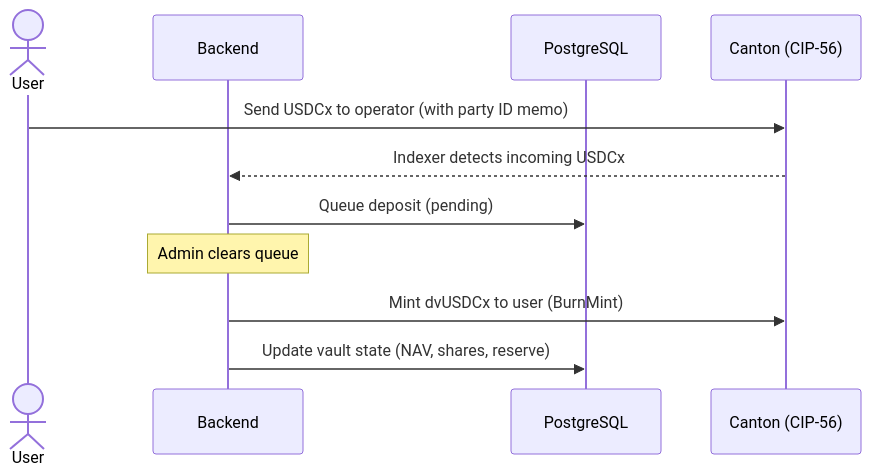
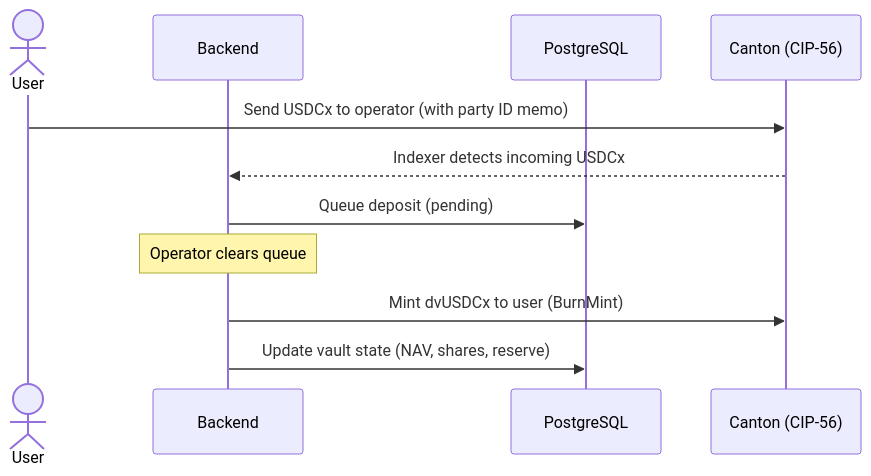
Before and after one commit to dittonetwork/ditto-ccvault: the second of 2 diagrams in README.md, drawn with Mermaid. The commit also changed other lines of this file and 2 other files, not shown here.

````diff
--- a/README.md
+++ b/README.md
@@ -78,14 +120,14 @@
 ```mermaid
 sequenceDiagram
     actor User
     participant BE as Backend
     participant DB as PostgreSQL
     participant CN as Canton (CIP-56)
 
     User->>CN: Send USDCx to operator (with party ID memo)
     CN-->>BE: Indexer detects incoming USDCx
     BE->>DB: Queue deposit (pending)
-    Note over BE: Admin clears queue
+    Note over BE: Operator clears queue
     BE->>CN: Mint dvUSDCx to user (BurnMint)
     BE->>DB: Update vault state (NAV, shares, reserve)
 ```
````
